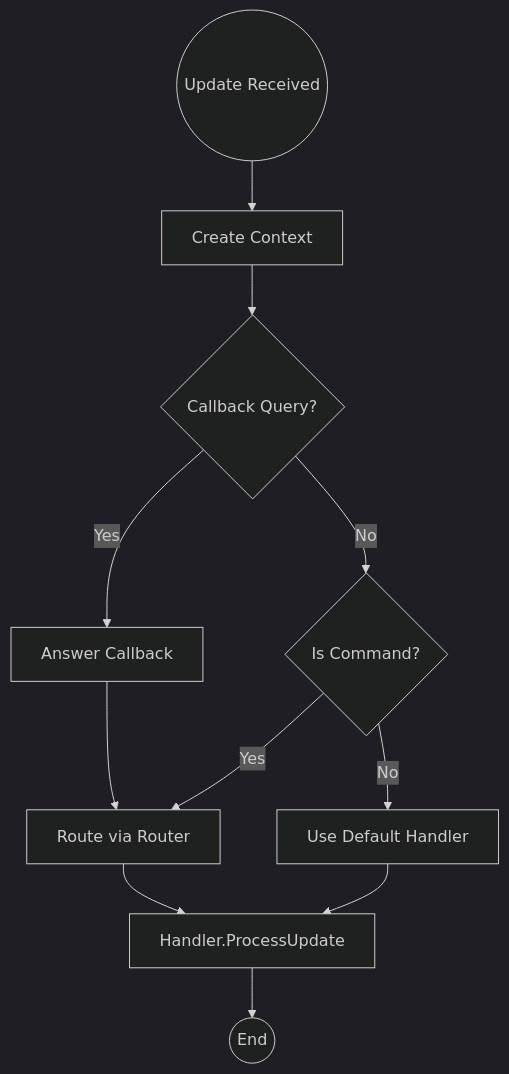
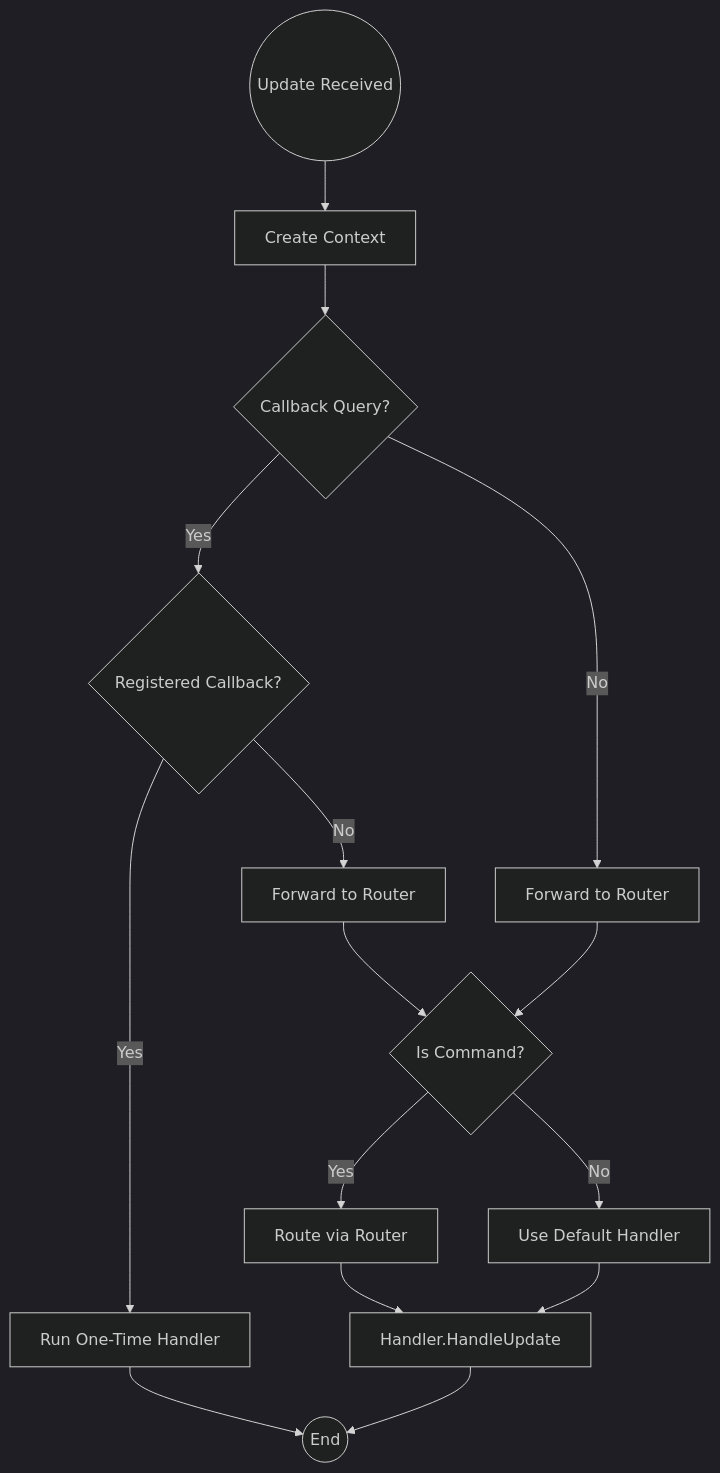
One commit to kslamph/teleflow changed the second of 2 diagrams in docs/teleflow_architecture.md. Above: the diagram before and after it, drawn with Mermaid (dark theme). The commit also changed other lines of this file, not shown here.

Commit message:
docs: fix architecture doc API inaccuracies

````diff
--- a/docs/teleflow_architecture.md
+++ b/docs/teleflow_architecture.md
@@ -133,13 +133,17 @@
     ```mermaid
     graph TD
         Start((Update Received)) --> CreateCtx[Create Context];
         CreateCtx --> IsCallback{Callback Query?};
-        IsCallback -- Yes --> AnswerCallback[Answer Callback];
-        IsCallback -- No --> CheckCommand{Is Command?};
-        CheckCommand -- Yes --> RouteCommand[Route via Router];
-        CheckCommand -- No --> DefaultHandler[Use Default Handler];
-        AnswerCallback --> RouteCommand;
-        RouteCommand --> Handler[Handler.ProcessUpdate];
+        IsCallback -- Yes --> CheckReg{Registered Callback?};
+        CheckReg -- Yes --> RunHandler[Run One-Time Handler];
+        CheckReg -- No --> RouterCB[Forward to Router];
+        IsCallback -- No --> RouterDirect[Forward to Router];
+        RunHandler --> End((End));
+        RouterCB --> IsCommand{Is Command?};
+        RouterDirect --> IsCommand;
+        IsCommand -- Yes --> RouteCommand[Route via Router];
+        IsCommand -- No --> DefaultHandler[Use Default Handler];
+        RouteCommand --> Handler[Handler.HandleUpdate];
         DefaultHandler --> Handler;
-        Handler --> End((End));
+        Handler --> End;
     ```
````
